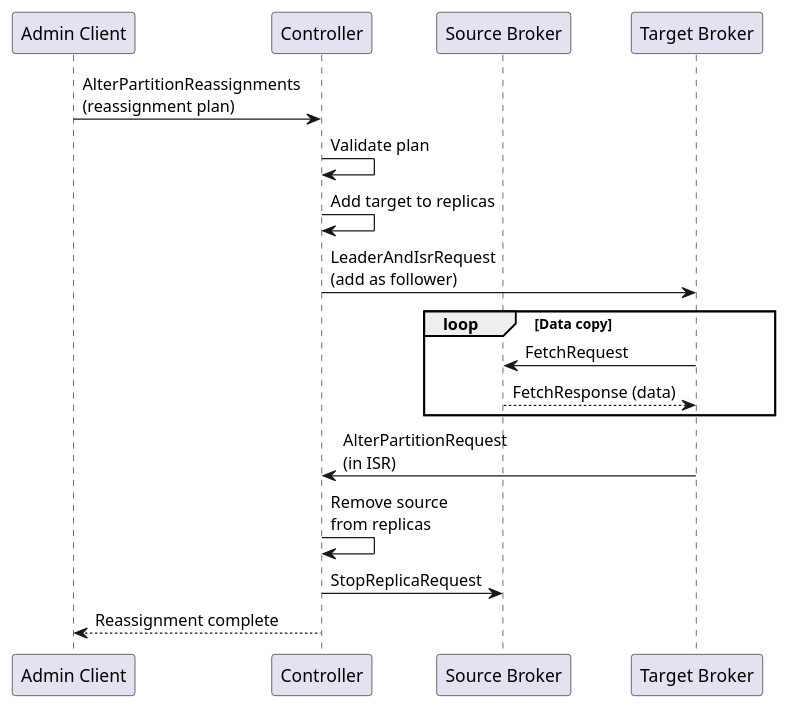
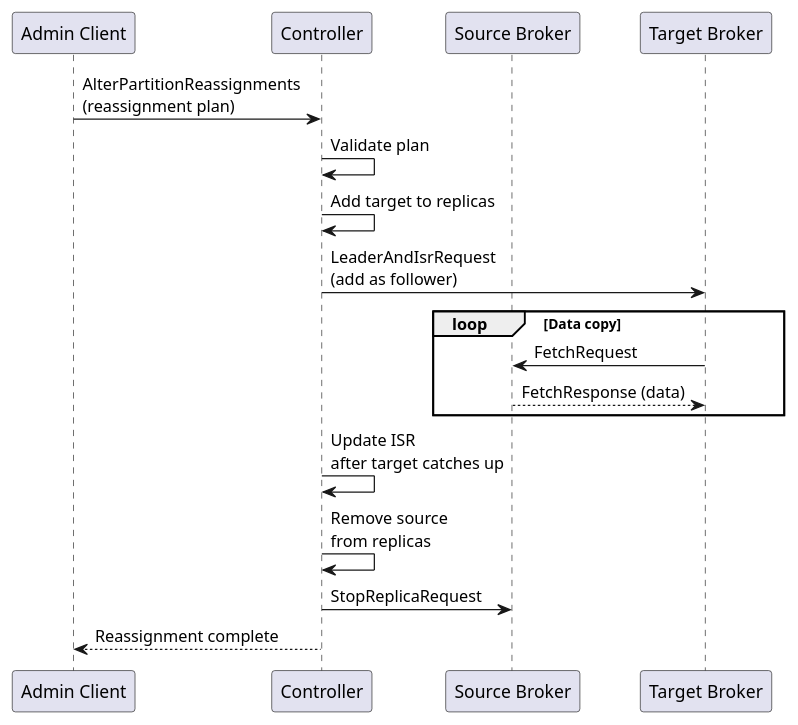
Before and after one commit to axonops/documentation: the first of 5 diagrams in docs/data-platforms/kafka/architecture/scaling/partition-reassignment.md, drawn with PlantUML. The commit also changed other lines of this file and 34 other files, not shown here.

Commit message:
Updated Kafka architecture documents

````diff
--- a/docs/data-platforms/kafka/architecture/scaling/partition-reassignment.md
+++ b/docs/data-platforms/kafka/architecture/scaling/partition-reassignment.md
@@ -29,32 +29,32 @@
 ```plantuml
 @startuml
 
 skinparam backgroundColor transparent
 
 participant "Admin Client" as Admin
 participant "Controller" as Ctrl
 participant "Source Broker" as Src
 participant "Target Broker" as Tgt
 
 Admin -> Ctrl : AlterPartitionReassignments\n(reassignment plan)
 
 Ctrl -> Ctrl : Validate plan
 Ctrl -> Ctrl : Add target to replicas
 
 Ctrl -> Tgt : LeaderAndIsrRequest\n(add as follower)
 
 loop Data copy
     Tgt -> Src : FetchRequest
     Src --> Tgt : FetchResponse (data)
 end
 
-Tgt -> Ctrl : AlterPartitionRequest\n(in ISR)
+Ctrl -> Ctrl : Update ISR\nafter target catches up
 
 Ctrl -> Ctrl : Remove source\nfrom replicas
 
 Ctrl -> Src : StopReplicaRequest
 
 Ctrl --> Admin : Reassignment complete
 
 @enduml
 ```
````
